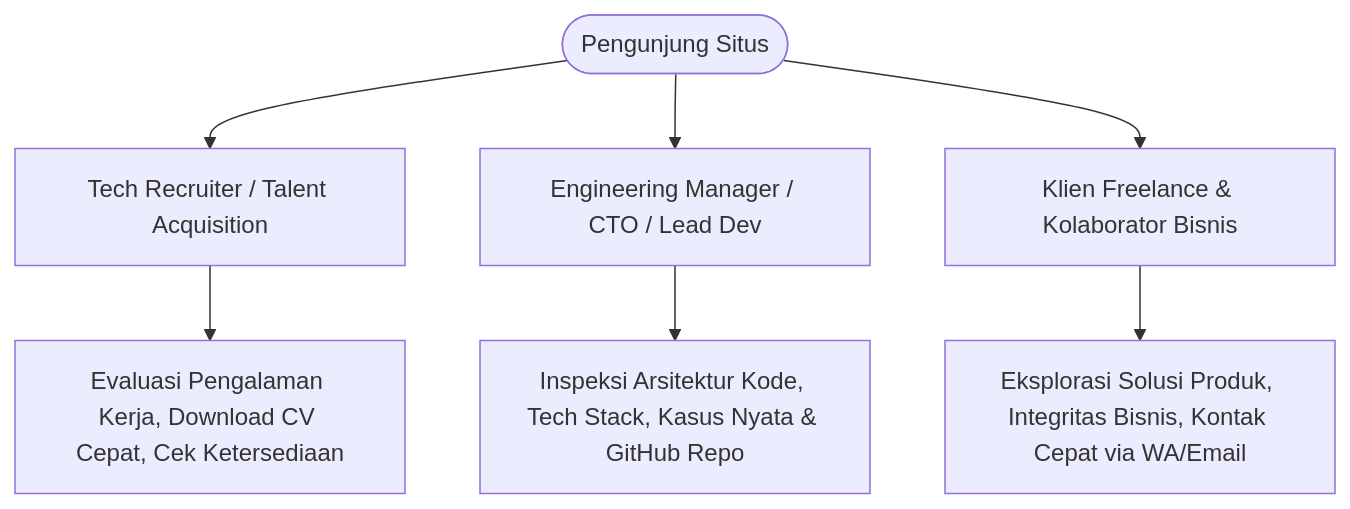
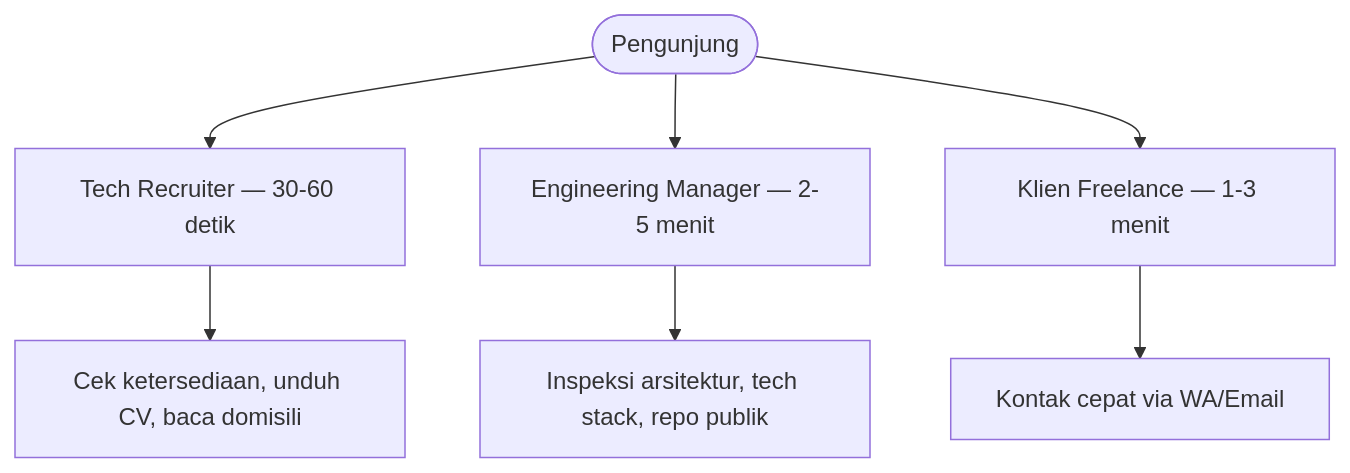
One commit to RizkyMaulana-Dev/Portofolio changed the second of 2 diagrams in docs/PRD.md. Above: the diagram before and after it, drawn with Mermaid. The commit also changed other lines of this file and 17 other files, not shown here.

````diff
--- a/docs/PRD.md
+++ b/docs/PRD.md
@@ -31,10 +101,10 @@
 ```mermaid
 graph TD
-    User([Pengunjung Situs]) --> P1[Tech Recruiter / Talent Acquisition]
-    User --> P2[Engineering Manager / CTO / Lead Dev]
-    User --> P3[Klien Freelance & Kolaborator Bisnis]
+    User([Pengunjung]) --> P1[Tech Recruiter — 30-60 detik]
+    User --> P2[Engineering Manager — 2-5 menit]
+    User --> P3[Klien Freelance — 1-3 menit]
 
-    P1 --> G1[Evaluasi Pengalaman Kerja, Download CV Cepat, Cek Ketersediaan]
-    P2 --> G2[Inspeksi Arsitektur Kode, Tech Stack, Kasus Nyata & GitHub Repo]
-    P3 --> G3[Eksplorasi Solusi Produk, Integritas Bisnis, Kontak Cepat via WA/Email]
+    P1 --> G1[Cek ketersediaan, unduh CV, baca domisili]
+    P2 --> G2[Inspeksi arsitektur, tech stack, repo publik]
+    P3 --> G3[Kontak cepat via WA/Email]
 ```
````
